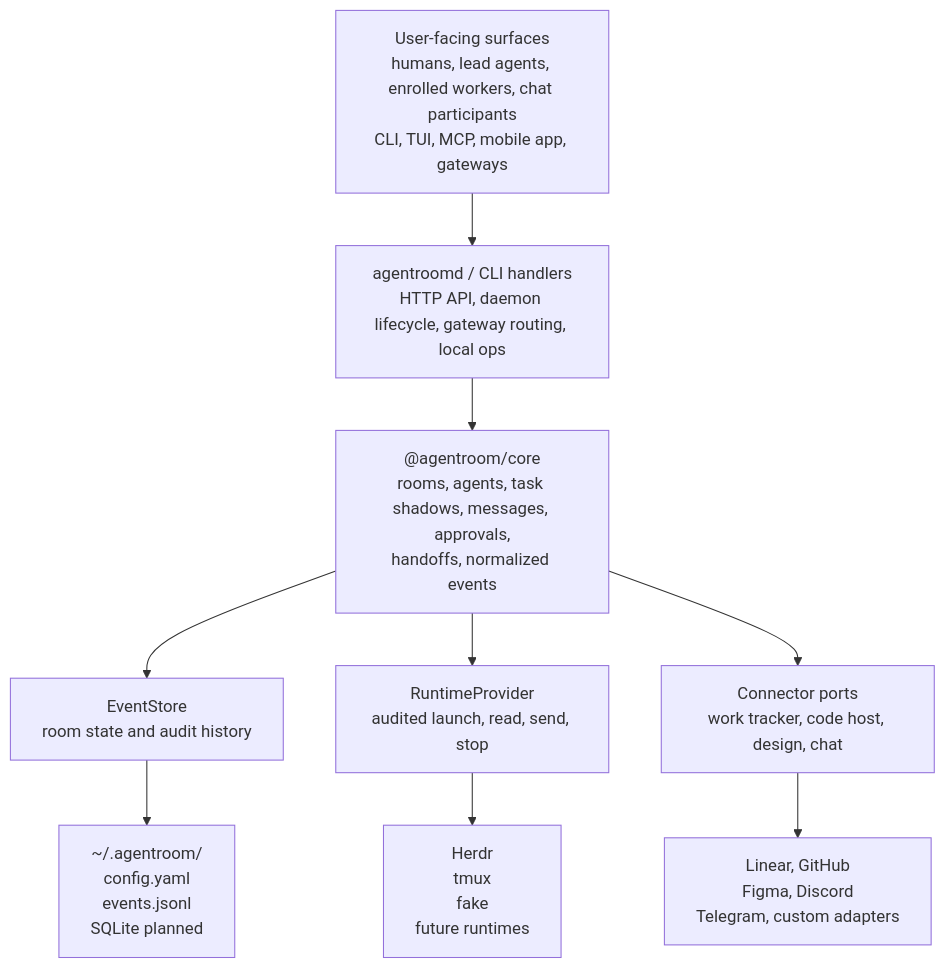
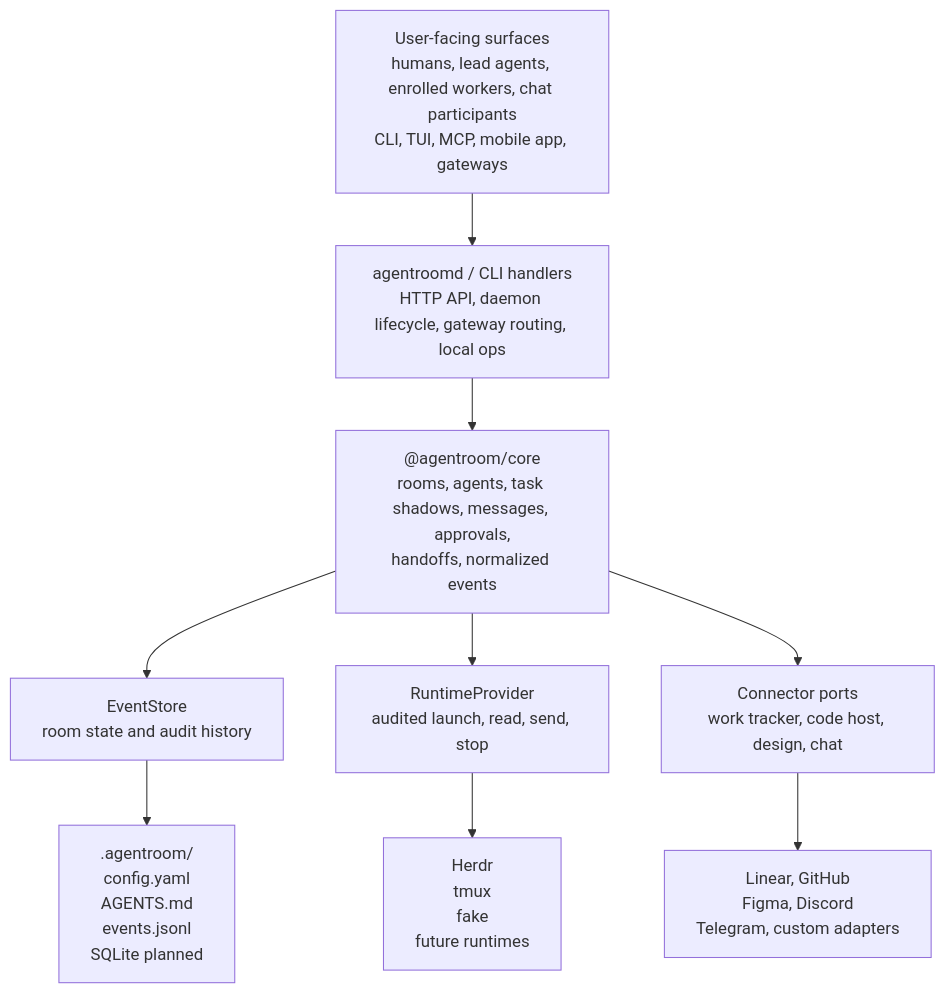
Before and after one commit to Volpestyle/agent-room: the third of 3 diagrams in docs/DIAGRAM.md, drawn with Mermaid. The commit also changed other lines of this file and 46 other files, not shown here.

````diff
--- a/docs/DIAGRAM.md
+++ b/docs/DIAGRAM.md
@@ -55,21 +55,21 @@
 ```mermaid
 flowchart TB
   surfaces["User-facing surfaces<br/>humans, lead agents, enrolled workers, chat participants<br/>CLI, TUI, MCP, mobile app, gateways"]
   daemon["agentroomd / CLI handlers<br/>HTTP API, daemon lifecycle, gateway routing, local ops"]
   core["@agentroom/core<br/>rooms, agents, task shadows, messages, approvals,<br/>handoffs, normalized events"]
   store["EventStore<br/>room state and audit history"]
   runtime["RuntimeProvider<br/>audited launch, read, send, stop"]
   connectors["Connector ports<br/>work tracker, code host, design, chat"]
-  local["~/.agentroom/<br/>config.yaml<br/>events.jsonl<br/>SQLite planned"]
+  local[".agentroom/<br/>config.yaml<br/>AGENTS.md<br/>events.jsonl<br/>SQLite planned"]
   runtimes["Herdr<br/>tmux<br/>fake<br/>future runtimes"]
   adapters["Linear, GitHub<br/>Figma, Discord<br/>Telegram, custom adapters"]
 
   surfaces --> daemon
   daemon --> core
   core --> store
   core --> runtime
   core --> connectors
   store --> local
   runtime --> runtimes
   connectors --> adapters
 ```
````
